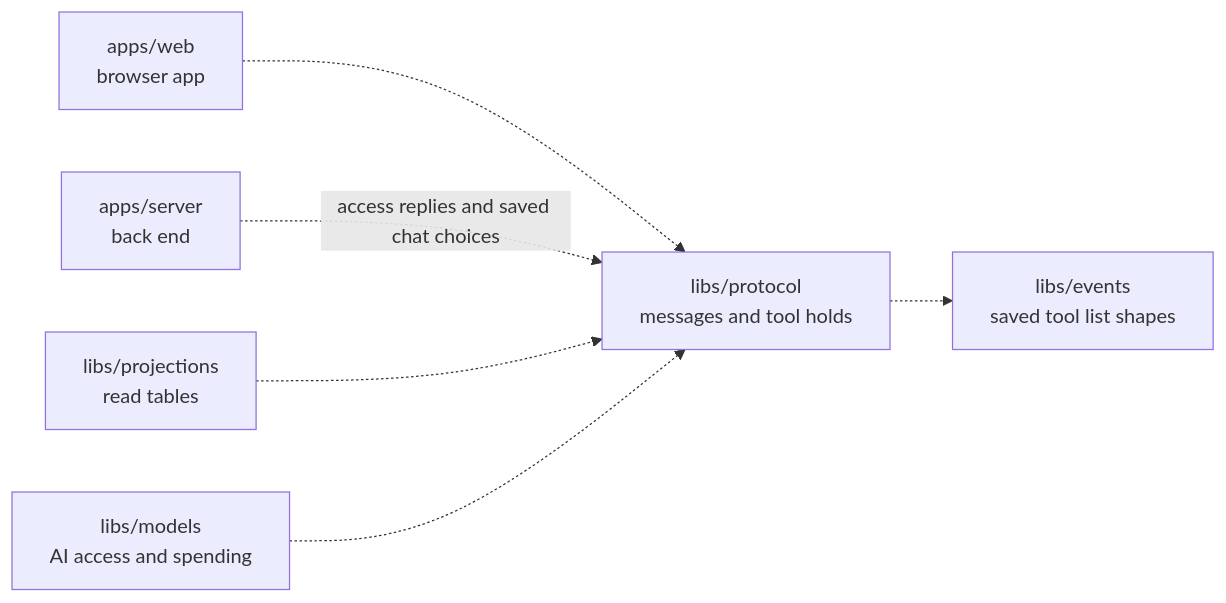
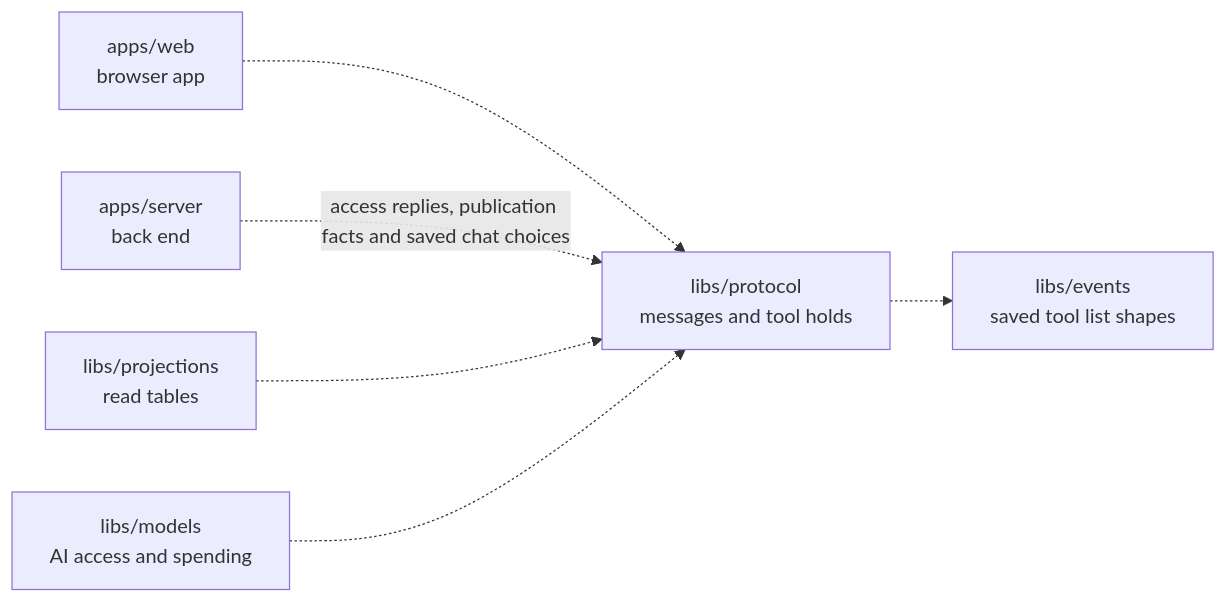
One commit to elewa-git/opencrane-new changed the diagram in libs/protocol/README.md. Above: the diagram before and after it, drawn with Mermaid. The commit also changed other lines of this file and 24 other files, not shown here.

````diff
--- a/libs/protocol/README.md
+++ b/libs/protocol/README.md
@@ -11,8 +11,8 @@
 ```mermaid
 flowchart LR
   web["apps/web<br/>browser app"] -.-> protocol["libs/protocol<br/>messages and tool holds"]
-  server["apps/server<br/>back end"] -.->|access replies and saved chat choices| protocol
+  server["apps/server<br/>back end"] -.->|access replies, publication facts and saved chat choices| protocol
   projections["libs/projections<br/>read tables"] -.-> protocol
   models["libs/models<br/>AI access and spending"] -.-> protocol
   protocol -.-> events["libs/events<br/>saved tool list shapes"]
 ```
````
